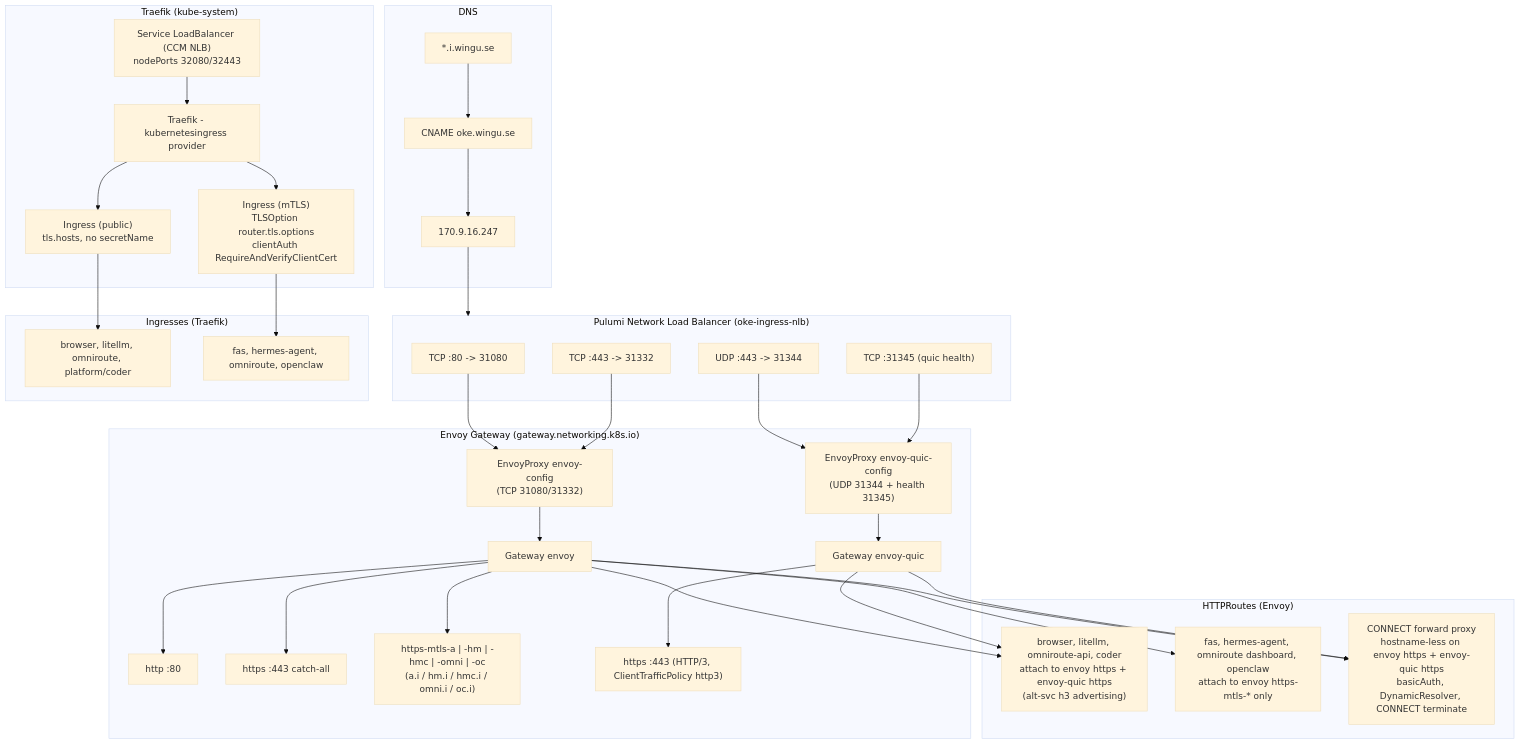
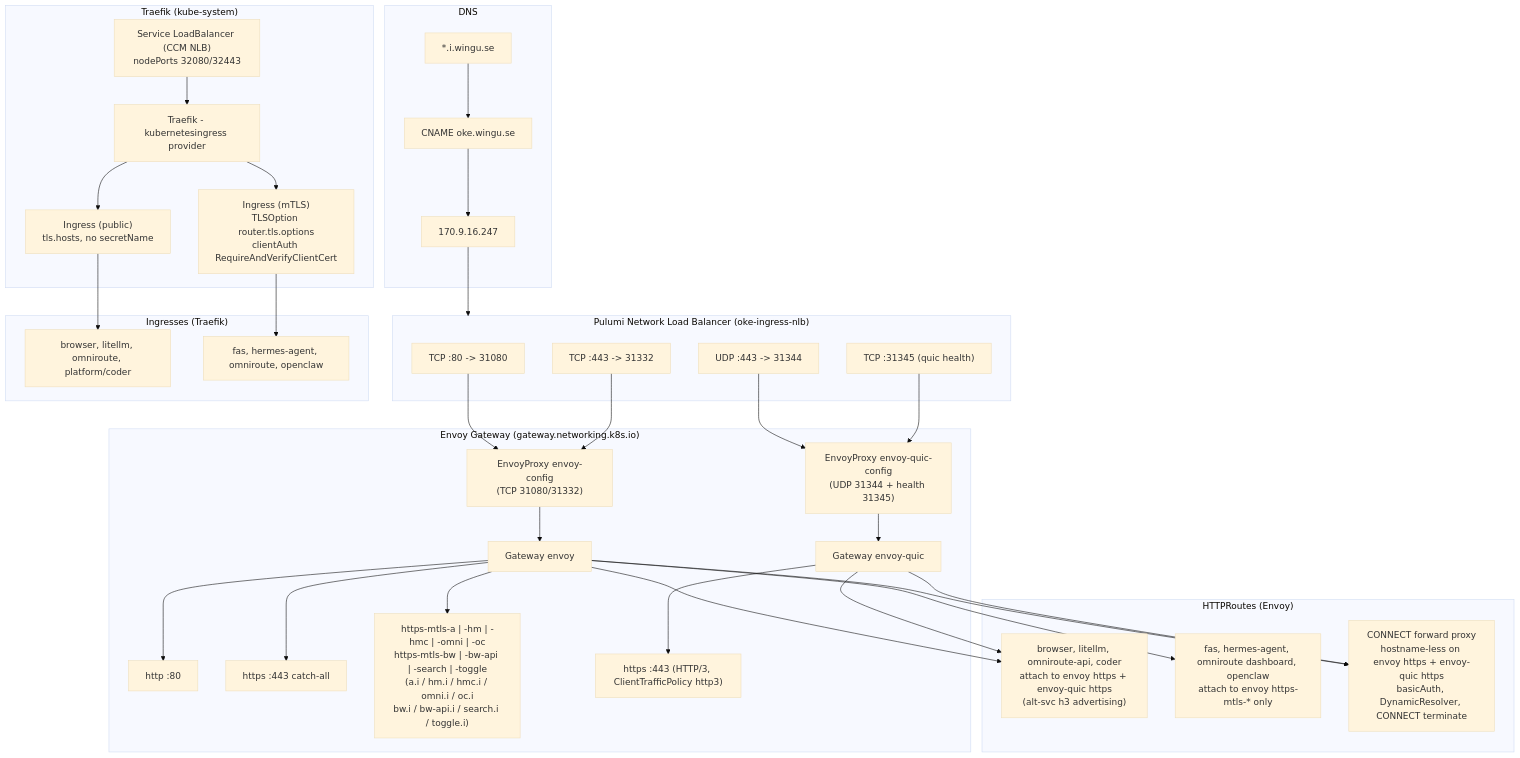
The first of 2 diagrams in docs/gateway-architecture.md (winguse/oci-infra), drawn with Mermaid (base theme) before and after one commit. The commit also changed other lines of this file and 3 other files, not shown here.

````diff
--- a/docs/gateway-architecture.md
+++ b/docs/gateway-architecture.md
@@ -15,60 +15,60 @@
 ```mermaid
 graph TD
     subgraph DNS["DNS"]
         WILDCARD["*.i.wingu.se"] --> CNAME["CNAME oke.wingu.se"]
         CNAME --> NLBIP["170.9.16.247"]
     end
 
     subgraph NLB["Pulumi Network Load Balancer (oke-ingress-nlb)"]
         T80["TCP :80 -> 31080"]
         T443["TCP :443 -> 31332"]
         U443["UDP :443 -> 31344"]
         H31345["TCP :31345 (quic health)"]
     end
 
     NLBIP --> NLB
 
     subgraph ENVOY["Envoy Gateway (gateway.networking.k8s.io)"]
         EP1["EnvoyProxy envoy-config<br/>(TCP 31080/31332)"] --> GW["Gateway envoy"]
         EP2["EnvoyProxy envoy-quic-config<br/>(UDP 31344 + health 31345)"] --> GWQ["Gateway envoy-quic"]
         GW --> LHTTP["http :80"]
         GW --> LHTTPS["https :443 catch-all"]
-        GW --> LMTLS["https-mtls-a | -hm | -hmc | -omni | -oc<br/>(a.i / hm.i / hmc.i / omni.i / oc.i)"]
+        GW --> LMTLS["https-mtls-a | -hm | -hmc | -omni | -oc<br/>https-mtls-bw | -bw-api | -search | -toggle<br/>(a.i / hm.i / hmc.i / omni.i / oc.i<br/>bw.i / bw-api.i / search.i / toggle.i)"]
         GWQ --> LQUIC["https :443 (HTTP/3, ClientTrafficPolicy http3)"]
     end
 
     T80 --> EP1
     T443 --> EP1
     U443 --> EP2
     H31345 --> EP2
 
     subgraph TRAEFIK["Traefik (kube-system)"]
         TSVC["Service LoadBalancer (CCM NLB)<br/>nodePorts 32080/32443"]
         TR["Traefik - kubernetesingress provider"]
         TI_PUB["Ingress (public)<br/>tls.hosts, no secretName"]
         TI_MTLS["Ingress (mTLS)<br/>TLSOption router.tls.options<br/>clientAuth RequireAndVerifyClientCert"]
         TSVC --> TR
         TR --> TI_PUB
         TR --> TI_MTLS
     end
 
     subgraph APPS["HTTPRoutes (Envoy)"]
         HR_PUB["browser, litellm, omniroute-api, coder<br/>attach to envoy https + envoy-quic https<br/>(alt-svc h3 advertising)"]
         HR_MTLS["fas, hermes-agent, omniroute dashboard, openclaw<br/>attach to envoy https-mtls-* only"]
         HR_PROXY["CONNECT forward proxy<br/>hostname-less on envoy https + envoy-quic https<br/>basicAuth, DynamicResolver, CONNECT terminate"]
     end
 
     GW --> HR_PUB
     GWQ --> HR_PUB
     GW --> HR_MTLS
     GW --> HR_PROXY
     GWQ --> HR_PROXY
 
     subgraph LEGACY["Ingresses (Traefik)"]
         ING_PUB["browser, litellm, omniroute, platform/coder"]
         ING_MTLS["fas, hermes-agent, omniroute, openclaw"]
     end
 
     TI_PUB --> ING_PUB
     TI_MTLS --> ING_MTLS
 ```
````
